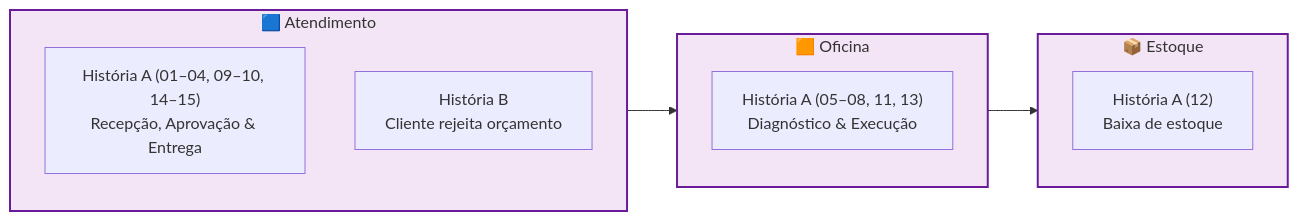
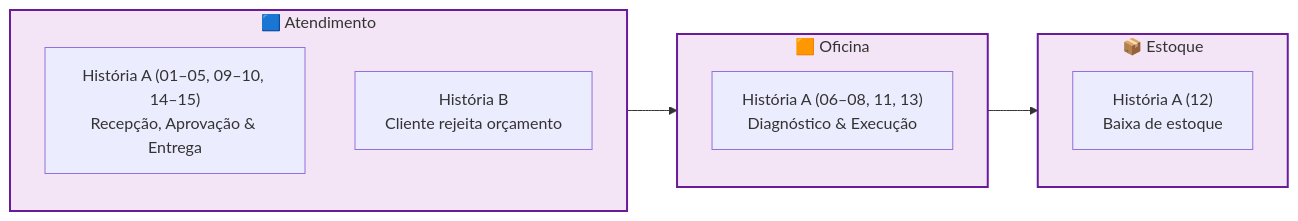
The third of 3 diagrams in docs/storytelling.md (pedruvaz/tech-challenge-fiap), drawn with Mermaid before and after one commit. The commit also changed other lines of this file and 1 other file, not shown here.

````diff
--- a/docs/storytelling.md
+++ b/docs/storytelling.md
@@ -143,21 +143,21 @@
 ```mermaid
 flowchart LR
     subgraph Atendimento["🟦 Atendimento"]
-        A1["História A (01–04, 09–10, 14–15)<br/>Recepção, Aprovação & Entrega"]
+        A1["História A (01–05, 09–10, 14–15)<br/>Recepção, Aprovação & Entrega"]
         B["História B<br/>Cliente rejeita orçamento"]
     end
 
     subgraph Oficina["🟧 Oficina"]
-        A2["História A (05–08, 11, 13)<br/>Diagnóstico & Execução"]
+        A2["História A (06–08, 11, 13)<br/>Diagnóstico & Execução"]
     end
 
     subgraph Estoque["📦 Estoque"]
         A3["História A (12)<br/>Baixa de estoque"]
     end
 
     Atendimento --> Oficina
     Oficina --> Estoque
 
     classDef ctx fill:#f3e5f5,stroke:#6a1b9a,stroke-width:2px
     class Atendimento,Oficina,Estoque ctx
 ```
````
